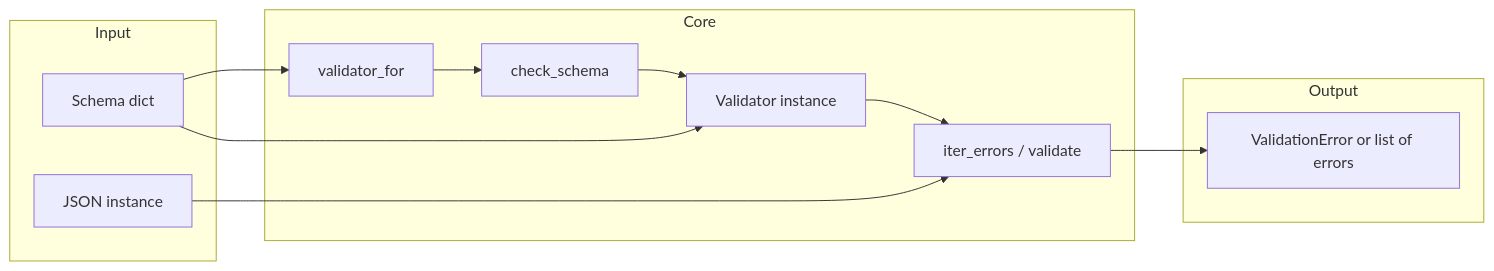
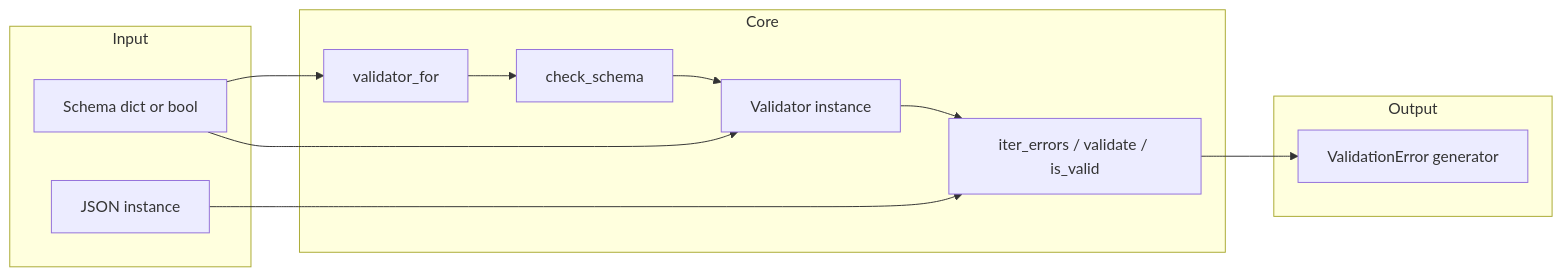
Before and after one commit to goddtriffin/json-schema-rs: the first of 2 diagrams in research/reports/python/python-jsonschema-jsonschema.md, drawn with Mermaid. The commit also changed other lines of this file and 51 other files, not shown here.

````diff
--- a/research/reports/python/python-jsonschema-jsonschema.md
+++ b/research/reports/python/python-jsonschema-jsonschema.md
@@ -93,23 +106,23 @@
 ```mermaid
 flowchart LR
   subgraph input [Input]
-    Schema[Schema dict]
+    Schema[Schema dict or bool]
     Instance[JSON instance]
   end
   subgraph core [Core]
     ValidatorFor[validator_for]
     CheckSchema[check_schema]
     ValidatorInst[Validator instance]
-    IterErrors[iter_errors / validate]
+    IterErrors[iter_errors / validate / is_valid]
     ValidatorFor --> CheckSchema
     CheckSchema --> ValidatorInst
     ValidatorInst --> IterErrors
   end
   subgraph output [Output]
-    Errors[ValidationError or list of errors]
+    Errors[ValidationError generator]
     IterErrors --> Errors
   end
   Schema --> ValidatorFor
   Schema --> ValidatorInst
   Instance --> IterErrors
 ```
````
